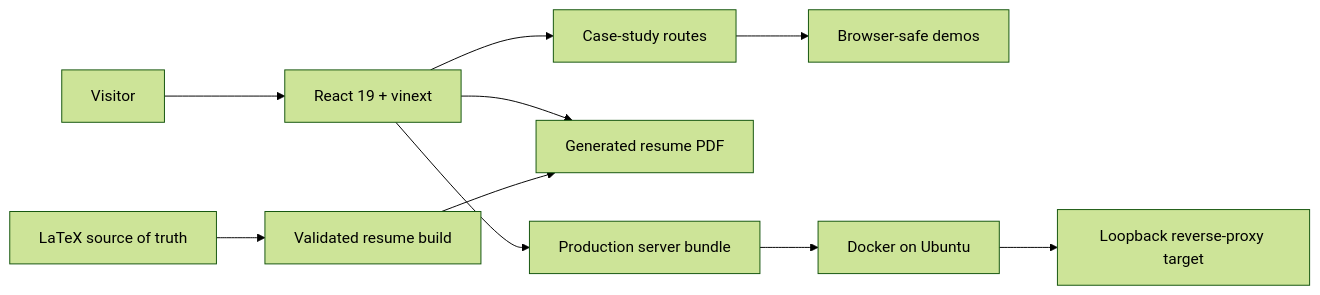
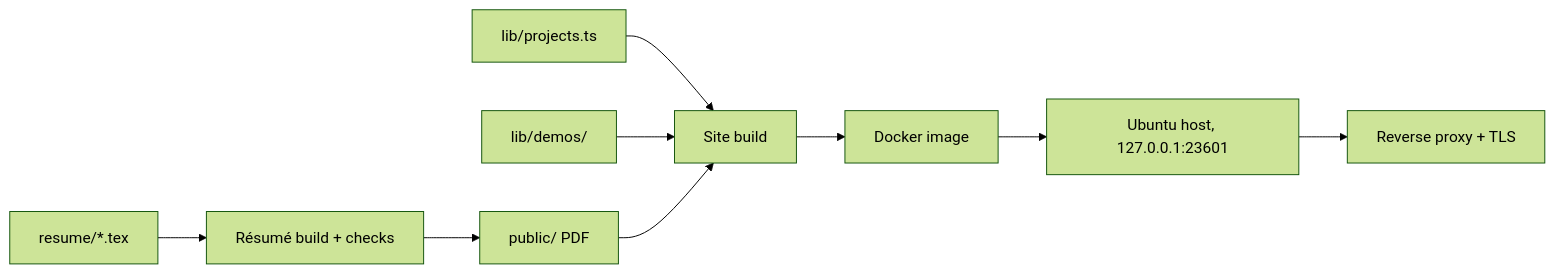
One commit to EesherJ39/portfolio changed the diagram in README.md. Above: the diagram before and after it, drawn with Mermaid (forest theme). The commit also changed other lines of this file, not shown here.

````diff
--- a/README.md
+++ b/README.md
@@ -28,12 +48,11 @@
 ```mermaid
 flowchart LR
-    V[Visitor] --> N[React 19 + vinext]
-    N --> C[Case-study routes]
-    C --> D[Browser-safe demos]
-    N --> R[Generated resume PDF]
-    T[LaTeX source of truth] --> B[Validated resume build]
-    B --> R
-    N --> W[Production server bundle]
-    W --> X[Docker on Ubuntu]
-    X --> P[Loopback reverse-proxy target]
+    T[resume/*.tex] --> B[Résumé build + checks]
+    B --> R[public/ PDF]
+    P[lib/projects.ts] --> S[Site build]
+    D[lib/demos/] --> S
+    R --> S
+    S --> I[Docker image]
+    I --> H[Ubuntu host, 127.0.0.1:23601]
+    H --> X[Reverse proxy + TLS]
 ```
````
